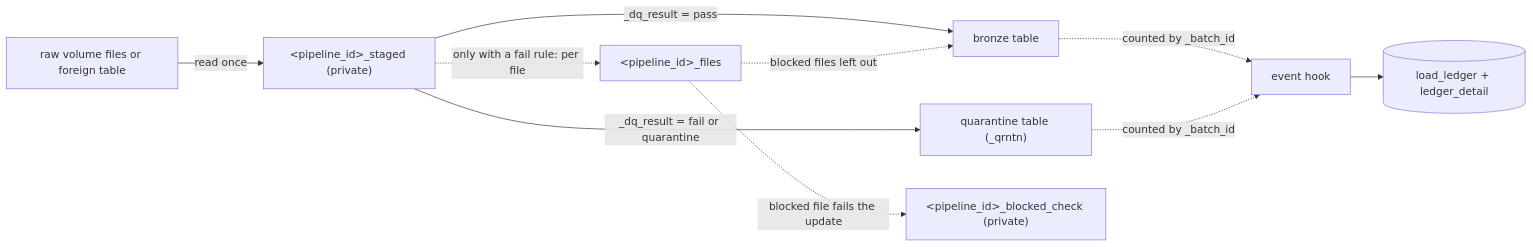
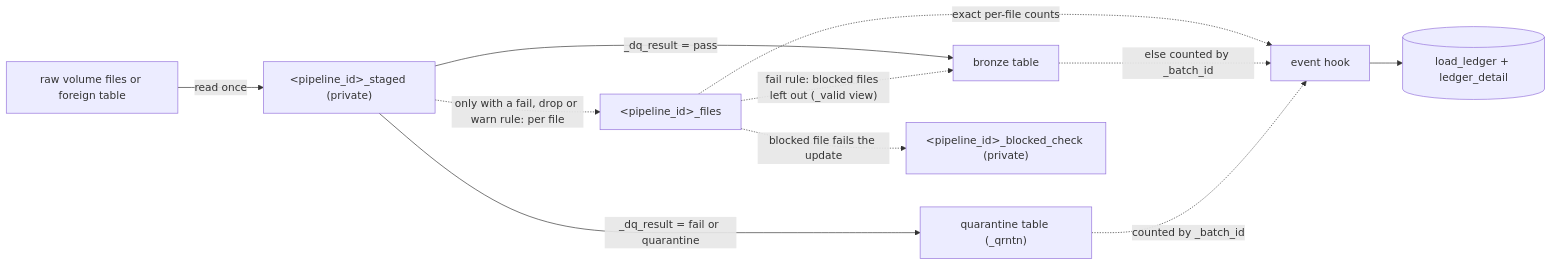
One commit to NitinKeshavB/framework changed the third of 9 diagrams in framework_docs/ARCHITECTURE.md. Above: the diagram before and after it, drawn with Mermaid. The commit also changed other lines of this file and 17 other files, not shown here.

````diff
--- a/framework_docs/ARCHITECTURE.md
+++ b/framework_docs/ARCHITECTURE.md
@@ -98,12 +113,13 @@
 ```mermaid
 flowchart LR
   source[raw volume files or foreign table] -->|read once| staged["&lt;pipeline_id&gt;_staged (private)"]
   staged -->|"_dq_result = pass"| bronze[bronze table]
   staged -->|"_dq_result = fail or quarantine"| quarantine["quarantine table (_qrntn)"]
-  staged -.->|"only with a fail rule: per file"| files["&lt;pipeline_id&gt;_files"]
-  files -.->|"blocked files left out"| bronze
+  staged -.->|"only with a fail, drop or warn rule: per file"| files["&lt;pipeline_id&gt;_files"]
+  files -.->|"fail rule: blocked files left out (_valid view)"| bronze
   files -.->|"blocked file fails the update"| check["&lt;pipeline_id&gt;_blocked_check (private)"]
-  bronze -.->|"counted by _batch_id"| hook["event hook"]
+  files -.->|"exact per-file counts"| hook["event hook"]
+  bronze -.->|"else counted by _batch_id"| hook
   quarantine -.->|"counted by _batch_id"| hook
   hook --> ledger[("load_ledger + ledger_detail")]
 ```
````
